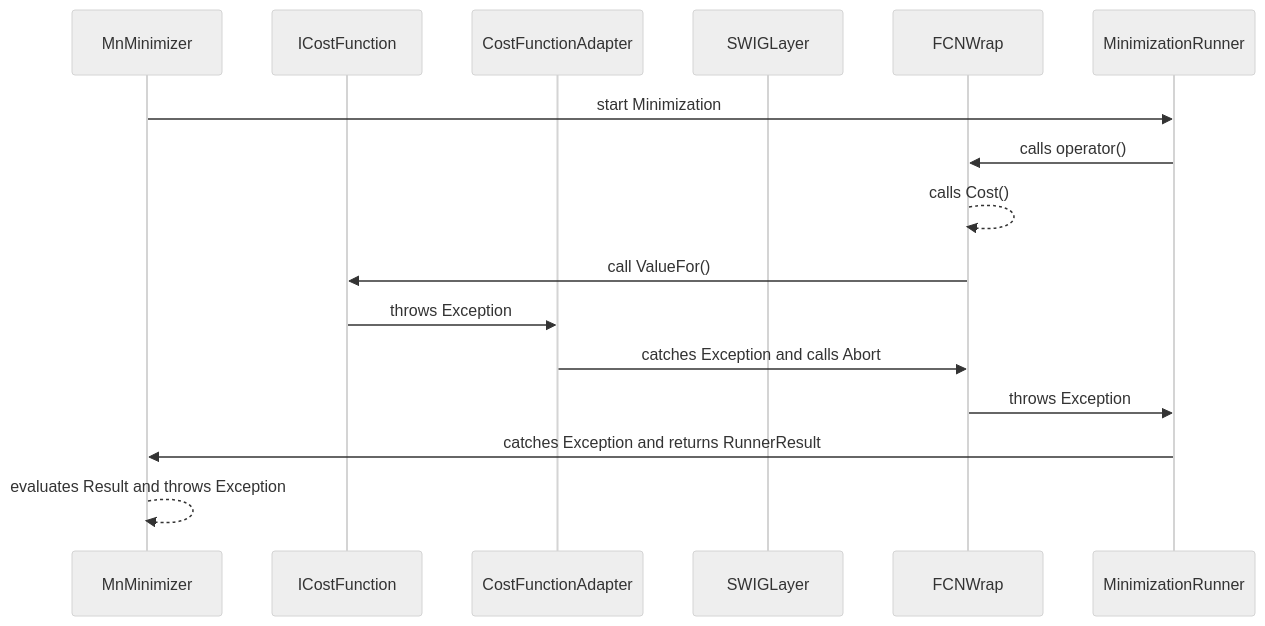
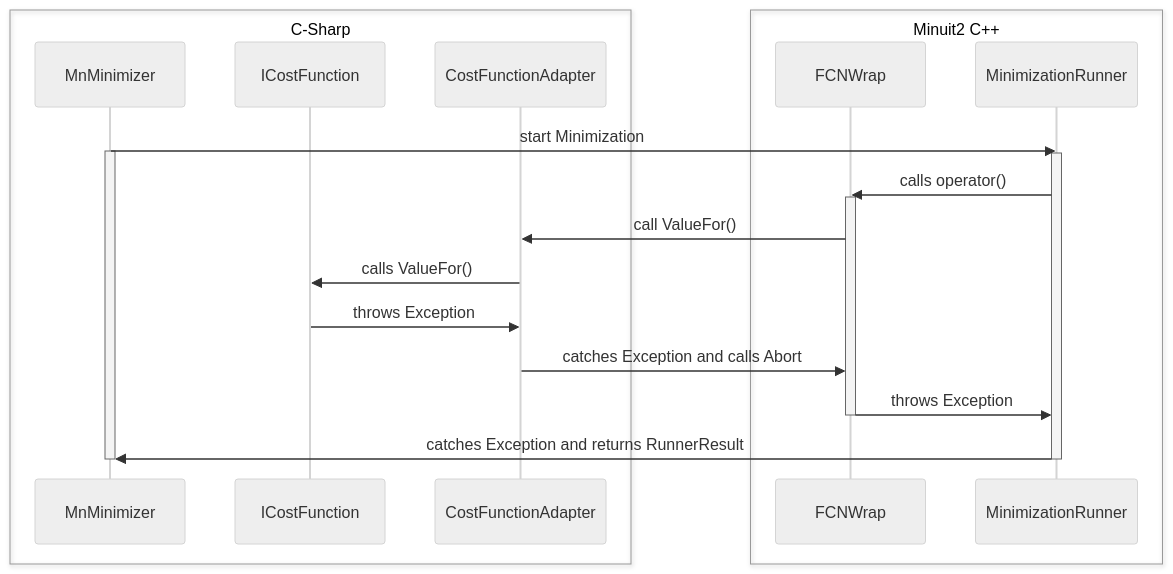
The diagram in minuit2.wrap/readme.MD (bruker-biosensors/minuit2.net), drawn with Mermaid (neutral theme) before and after one commit. The commit also changed other lines of this file, not shown here.

Commit message:
docs: added more information for clarity

````diff
--- a/minuit2.wrap/readme.MD
+++ b/minuit2.wrap/readme.MD
@@ -24,20 +26,30 @@
 ``` mermaid
 sequenceDiagram
 
+box C-Sharp
     participant MnMinimizer
     participant ICostFunction
     participant CostFunctionAdapter
-    participant SWIGLayer
+    end
+
+box Minuit2 C++
     participant FCNWrap
     participant MinimizationRunner
+    end
+
 
     MnMinimizer->>MinimizationRunner: start Minimization
+    activate MnMinimizer
+    activate MinimizationRunner
     MinimizationRunner->>FCNWrap: calls operator()
-    FCNWrap-->>FCNWrap: calls Cost()
-    FCNWrap->>ICostFunction: call ValueFor()
+    activate FCNWrap
+    FCNWrap->>CostFunctionAdapter: call ValueFor()
+    CostFunctionAdapter->>ICostFunction: calls ValueFor()
     ICostFunction->>CostFunctionAdapter: throws Exception
     CostFunctionAdapter->>FCNWrap: catches Exception and calls Abort
     FCNWrap->>MinimizationRunner: throws Exception
+    deactivate FCNWrap
     MinimizationRunner->>MnMinimizer: catches Exception and returns RunnerResult
-    MnMinimizer-->>MnMinimizer: evaluates Result and throws Exception
+    deactivate MinimizationRunner
+    deactivate MnMinimizer
 ```
````
